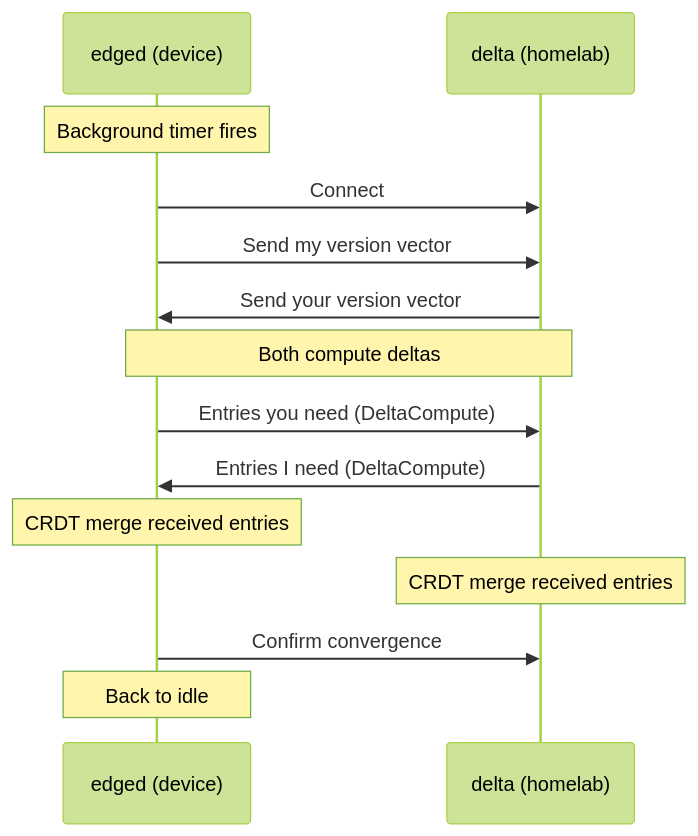
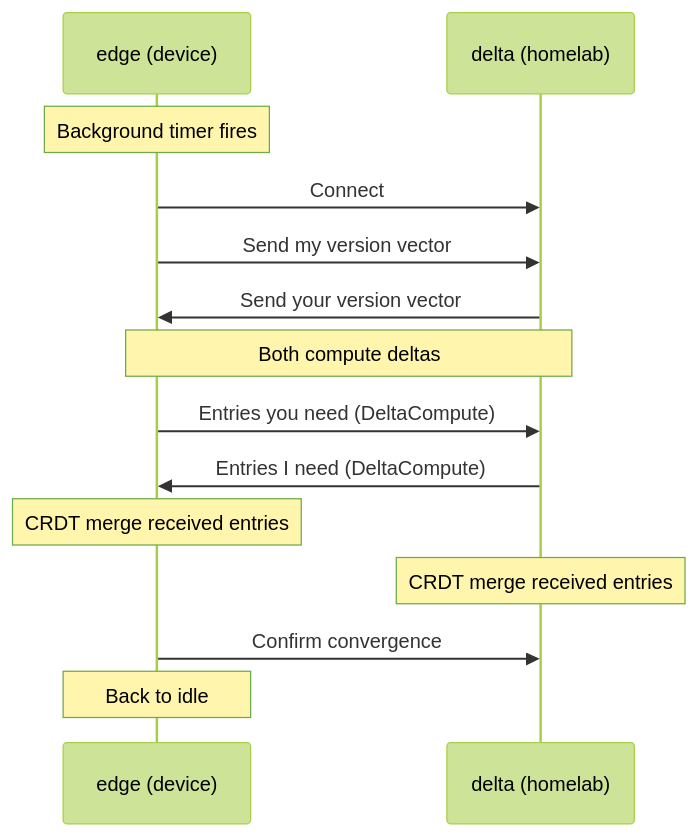
The third of 3 diagrams in README.md (w-h-a/edge), drawn with Mermaid (forest theme) before and after one commit. The commit also changed other lines of this file and 2 other files, not shown here.

````diff
--- a/README.md
+++ b/README.md
@@ -103,17 +96,17 @@
 ```mermaid
 sequenceDiagram
-    participant E as edged (device)
+    participant E as edge (device)
     participant D as delta (homelab)
 
     Note over E: Background timer fires
     E->>D: Connect
     E->>D: Send my version vector
     D->>E: Send your version vector
     Note over E,D: Both compute deltas
     E->>D: Entries you need (DeltaCompute)
     D->>E: Entries I need (DeltaCompute)
     Note over E: CRDT merge received entries
     Note over D: CRDT merge received entries
     E->>D: Confirm convergence
     Note over E: Back to idle
 ```
````
